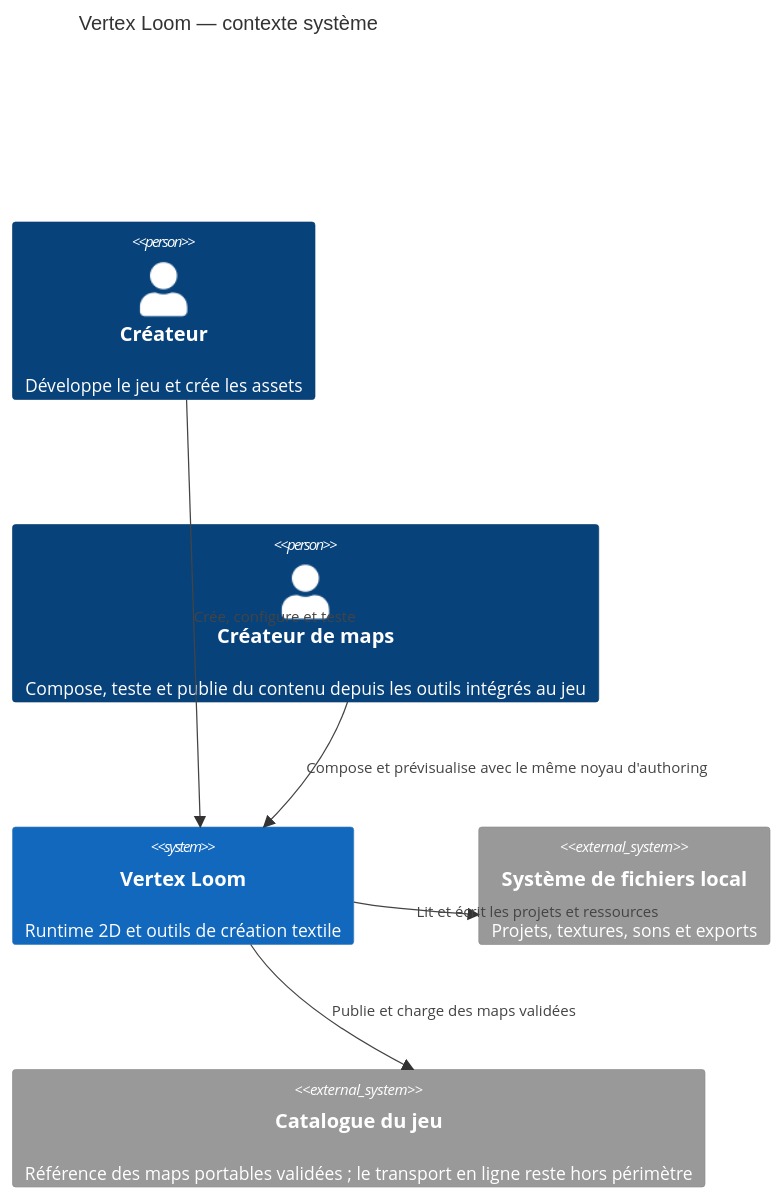
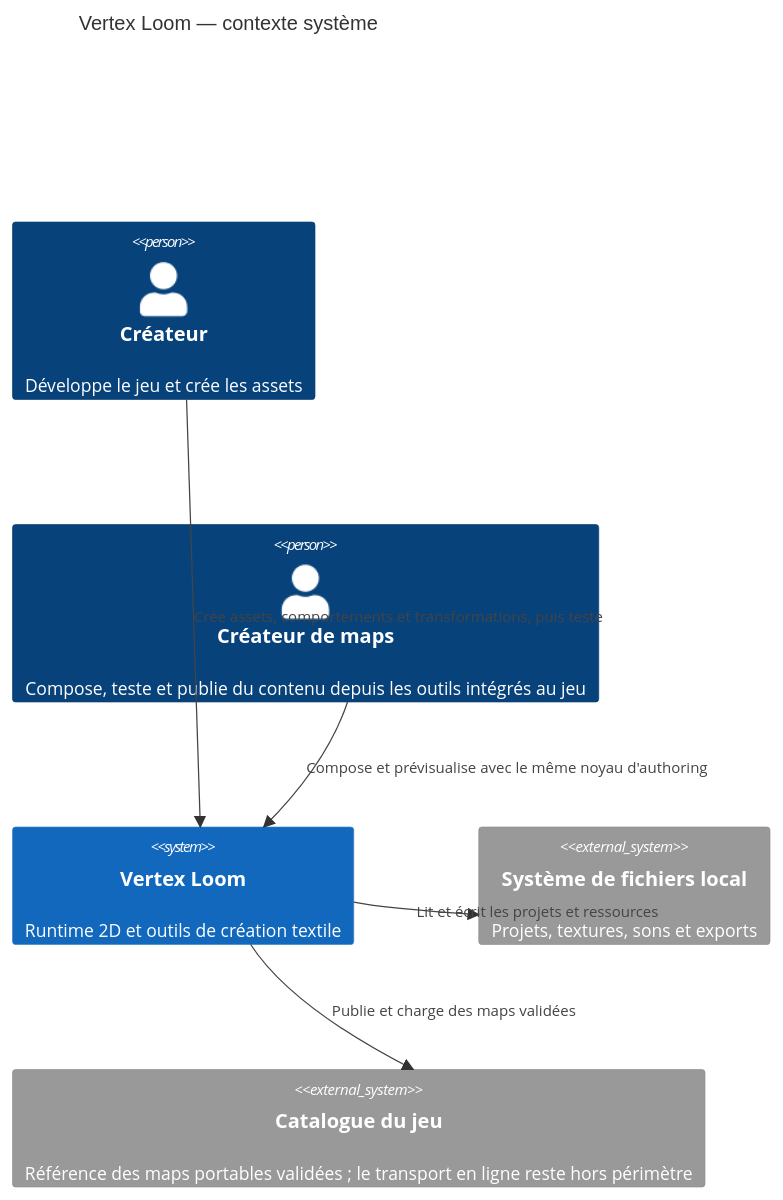
The diagram in docs/architecture/context.md (tristan-monticelli/vertex-loom), drawn with Mermaid before and after one commit. The commit also changed other lines of this file and 27 other files, not shown here.

````diff
--- a/docs/architecture/context.md
+++ b/docs/architecture/context.md
@@ -3,13 +3,13 @@
 ```mermaid
 C4Context
     title Vertex Loom — contexte système
     Person(creator, "Créateur", "Développe le jeu et crée les assets")
     Person(mapmaker, "Créateur de maps", "Compose, teste et publie du contenu depuis les outils intégrés au jeu")
     System(fabric, "Vertex Loom", "Runtime 2D et outils de création textile")
     System_Ext(files, "Système de fichiers local", "Projets, textures, sons et exports")
     System_Ext(catalog, "Catalogue du jeu", "Référence des maps portables validées ; le transport en ligne reste hors périmètre")
-    Rel(creator, fabric, "Crée, configure et teste")
+    Rel(creator, fabric, "Crée assets, comportements et transformations, puis teste")
     Rel(mapmaker, fabric, "Compose et prévisualise avec le même noyau d'authoring")
     Rel(fabric, files, "Lit et écrit les projets et ressources")
     Rel(fabric, catalog, "Publie et charge des maps validées")
 ```
````
